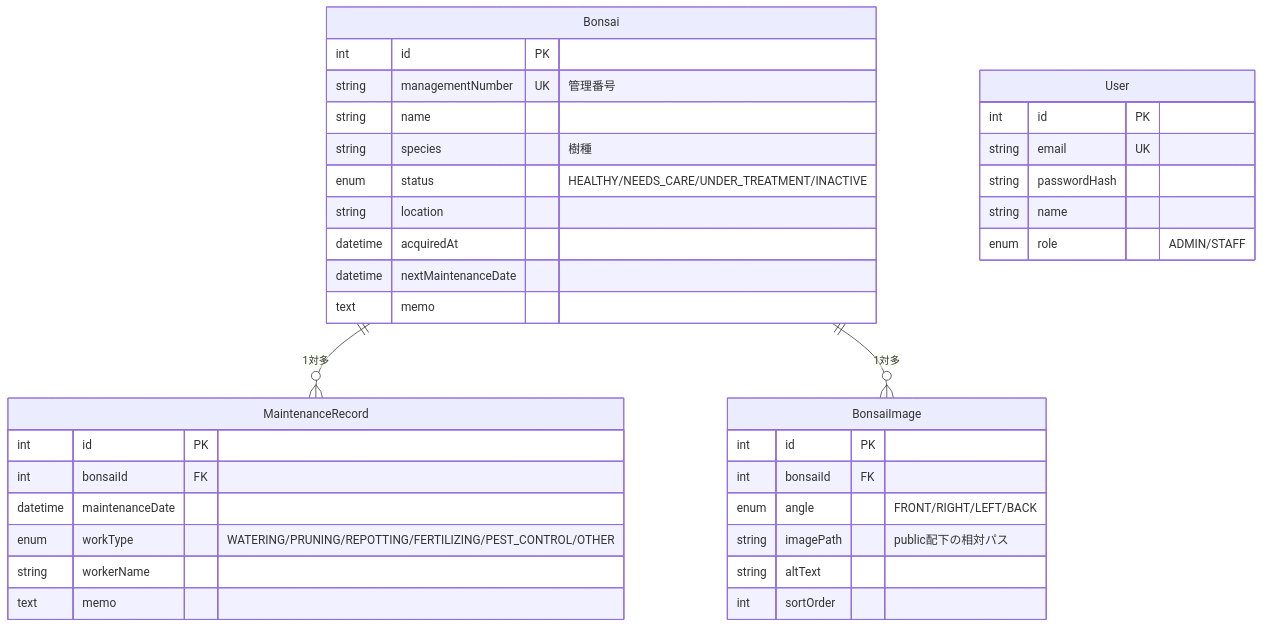
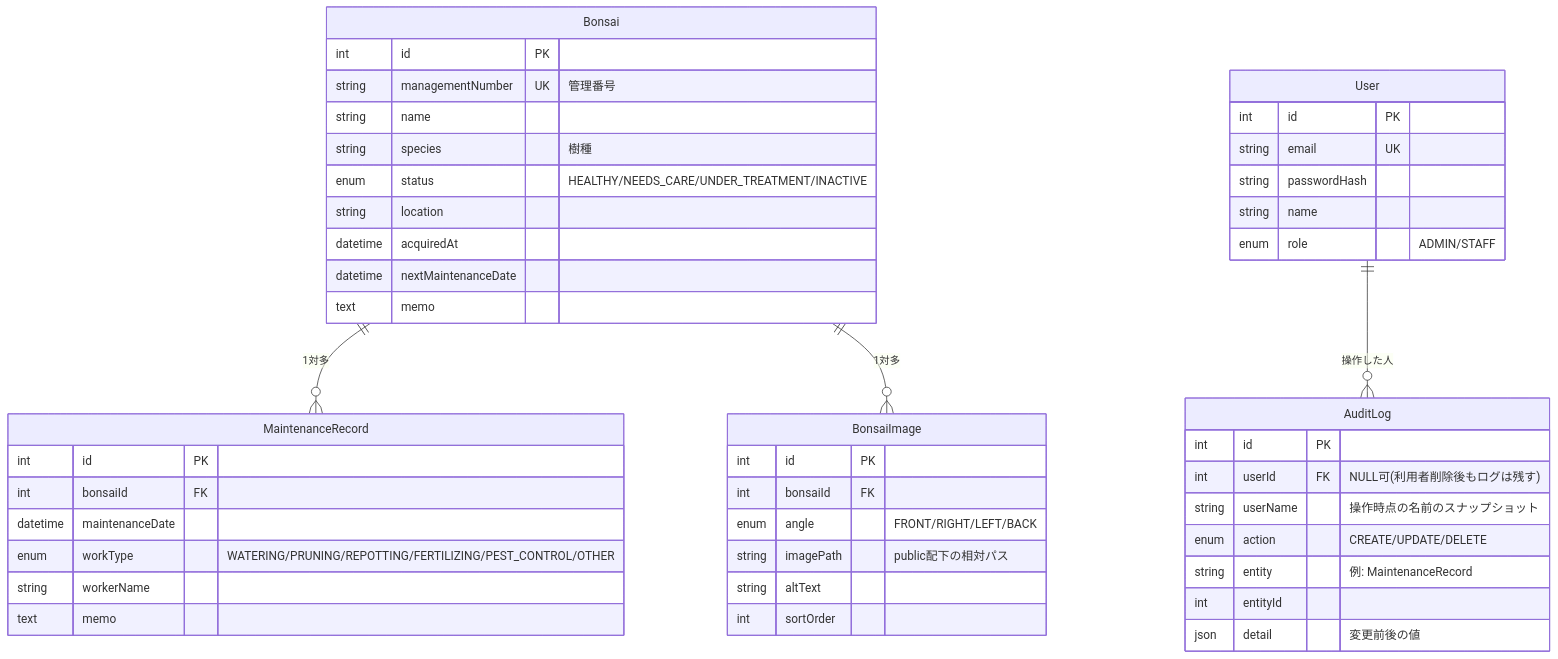
The diagram in README.md (fukuyade/bonsai-docker-cicd), drawn with Mermaid before and after one commit. The commit also changed other lines of this file and 22 other files, not shown here.

````diff
--- a/README.md
+++ b/README.md
@@ -168,39 +178,49 @@
 ```mermaid
 erDiagram
     Bonsai ||--o{ MaintenanceRecord : "1対多"
     Bonsai ||--o{ BonsaiImage : "1対多"
     Bonsai {
         int id PK
         string managementNumber UK "管理番号"
         string name
         string species "樹種"
         enum status "HEALTHY/NEEDS_CARE/UNDER_TREATMENT/INACTIVE"
         string location
         datetime acquiredAt
         datetime nextMaintenanceDate
         text memo
     }
     MaintenanceRecord {
         int id PK
         int bonsaiId FK
         datetime maintenanceDate
         enum workType "WATERING/PRUNING/REPOTTING/FERTILIZING/PEST_CONTROL/OTHER"
         string workerName
         text memo
     }
     BonsaiImage {
         int id PK
         int bonsaiId FK
         enum angle "FRONT/RIGHT/LEFT/BACK"
         string imagePath "public配下の相対パス"
         string altText
         int sortOrder
     }
     User {
         int id PK
         string email UK
         string passwordHash
         string name
         enum role "ADMIN/STAFF"
     }
+    AuditLog {
+        int id PK
+        int userId FK "NULL可(利用者削除後もログは残す)"
+        string userName "操作時点の名前のスナップショット"
+        enum action "CREATE/UPDATE/DELETE"
+        string entity "例: MaintenanceRecord"
+        int entityId
+        json detail "変更前後の値"
+    }
+    User ||--o{ AuditLog : "操作した人"
 ```
````
